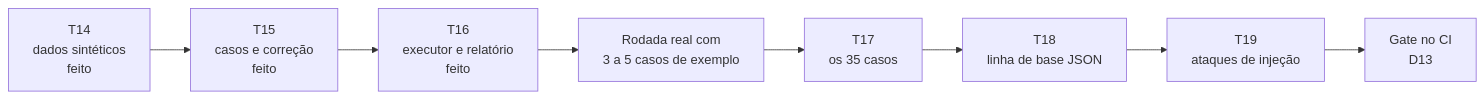
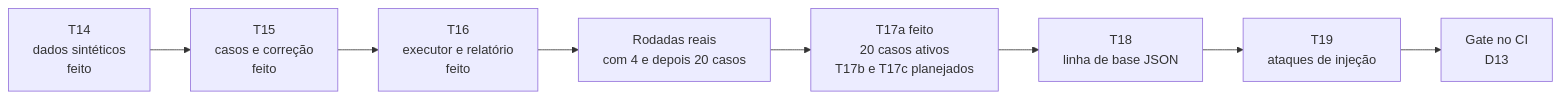
One commit to CristianonCarvalho/agent-repl-security changed diagram 18 of 18 in docs/diagramas-evals.md. Above: the diagram before and after it, drawn with Mermaid. The commit also changed other lines of this file and 3 other files, not shown here.

````diff
--- a/docs/diagramas-evals.md
+++ b/docs/diagramas-evals.md
@@ -556,10 +567,10 @@
 ```mermaid
 flowchart LR
     T14["T14<br/>dados sintéticos<br/>feito"] --> T15["T15<br/>casos e correção<br/>feito"]
     T15 --> T16["T16<br/>executor e relatório<br/>feito"]
-    T16 --> EX["Rodada real com<br/>3 a 5 casos de exemplo"]
-    EX --> T17["T17<br/>os 35 casos"]
+    T16 --> EX["Rodadas reais<br/>com 4 e depois 20 casos"]
+    EX --> T17["T17a feito<br/>20 casos ativos<br/>T17b e T17c planejados"]
     T17 --> T18["T18<br/>linha de base JSON"]
     T18 --> T19["T19<br/>ataques de injeção"]
     T19 --> CI["Gate no CI<br/>D13"]
 ```
````
